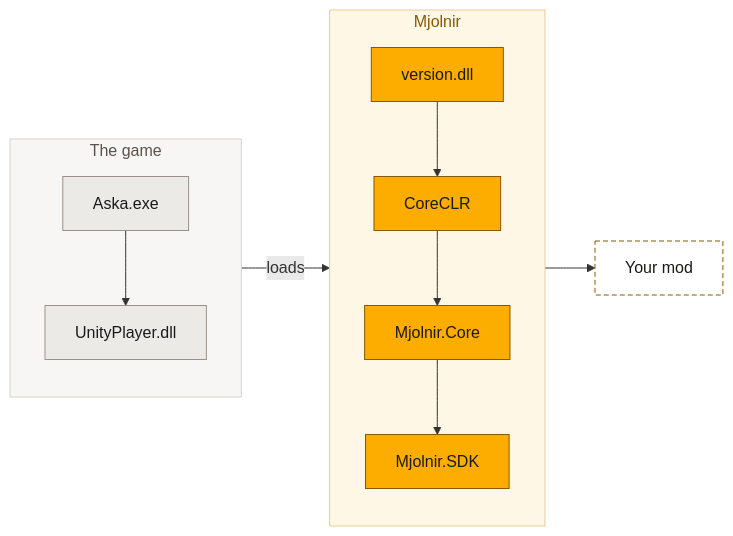
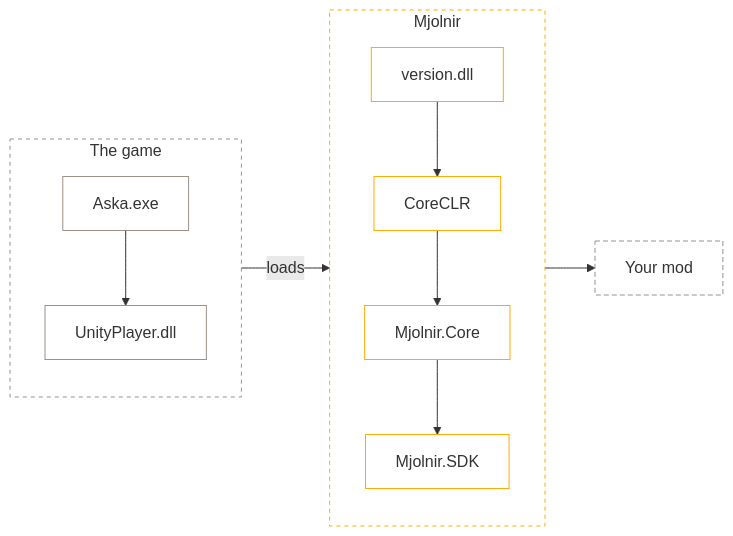
The diagram in README.md (Aska-Modding-Community/Mjolnir), drawn with Mermaid before and after one commit.

Commit message:
README: the boot chain drawn with outlines, for both themes

````diff
--- a/README.md
+++ b/README.md
@@ -97,24 +97,24 @@
 ```mermaid
 flowchart LR
     subgraph game ["The game"]
         direction TB
         exe["Aska.exe"] --> player["UnityPlayer.dll"]
     end
 
     subgraph mjolnir ["Mjolnir"]
         direction TB
         proxy["version.dll"] --> clr["CoreCLR"] --> core["Mjolnir.Core"] --> sdk["Mjolnir.SDK"]
     end
 
     player -- loads --> proxy
     sdk --> mod["Your mod"]
 
-    classDef gamebox fill:#eceae7,stroke:#9a918a,color:#1b1a18
-    classDef mine fill:#fdac00,stroke:#8a5800,color:#1b1a18
-    classDef yours fill:#ffffff,stroke:#8a5800,color:#1b1a18,stroke-dasharray:5 3
+    classDef gamebox fill:none,stroke:#9a918a
+    classDef mine fill:none,stroke:#fdac00
+    classDef yours fill:none,stroke:#9a918a,stroke-dasharray:5 3
     class exe,player gamebox
     class proxy,clr,core,sdk mine
     class mod yours
-    style game fill:#f7f6f4,stroke:#d8d2cc,color:#5c524b
-    style mjolnir fill:#fff7e6,stroke:#e8cd96,color:#8a5800
+    style game fill:none,stroke:#9a918a,stroke-dasharray:4 4
+    style mjolnir fill:none,stroke:#fdac00,stroke-dasharray:4 4
 ```
````
